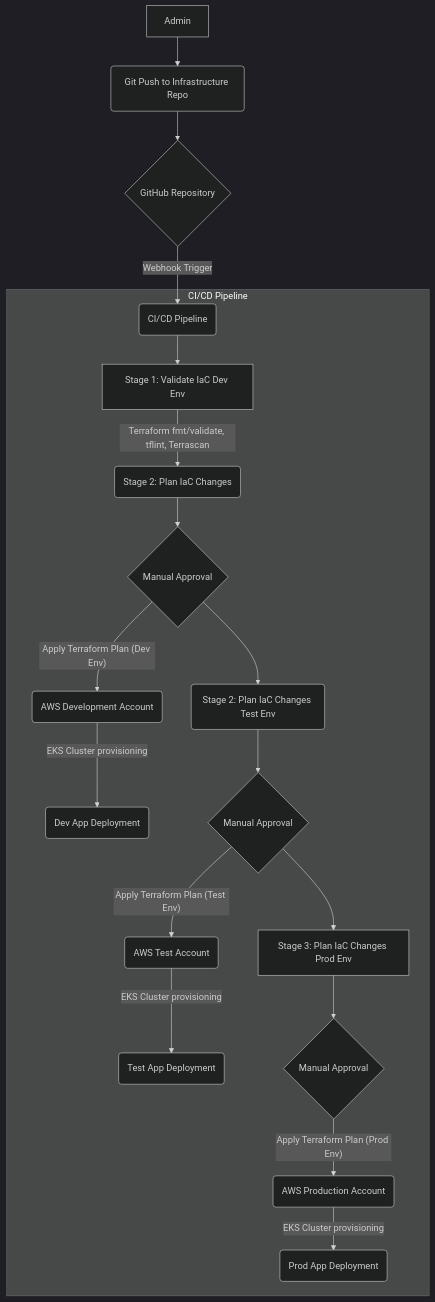
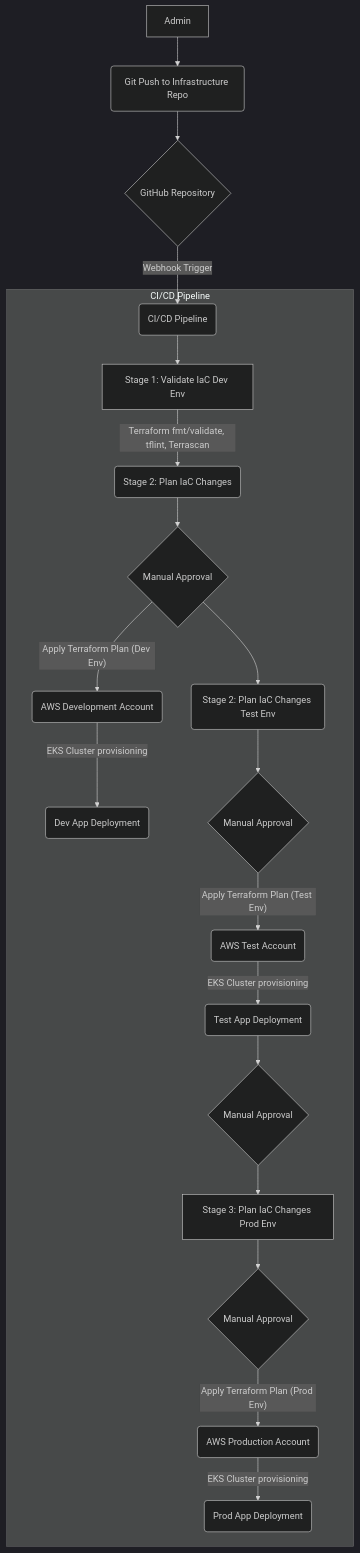
Before and after one commit to martinez989/mastercard-sre: the diagram in README.md, drawn with Mermaid (dark theme). The commit also changed other lines of this file, not shown here.

````diff
--- a/README.md
+++ b/README.md
@@ -3,25 +6,25 @@
 ```mermaid
 graph TD
     A[Admin] --> B(Git Push to Infrastructure Repo)
     B --> C{GitHub Repository}
     C -- Webhook Trigger --> D(CI/CD Pipeline)
 
     subgraph CI/CD Pipeline
         D --> D1[Stage 1: Validate IaC Dev Env]
         D1 -- Terraform fmt/validate, tflint, Terrascan --> D2(Stage 2: Plan IaC Changes)
         D2 --> D3{Manual Approval}
         D3 -- Apply Terraform Plan (Dev Env) --> E(AWS Development Account)
         E -- EKS Cluster provisioning --> F(Dev App Deployment)
 
         D3 --> D4(Stage 2: Plan IaC Changes Test Env)
         D4 --> D5{Manual Approval}
         D5 -- Apply Terraform Plan (Test Env) --> G(AWS Test Account)
         G -- EKS Cluster provisioning --> H(Test App Deployment)
 
-        D5 --> D6[Stage 3: Plan IaC Changes Prod Env]
+        H --> H1{Manual Approval} --> D6[Stage 3: Plan IaC Changes Prod Env]
         D6 --> D7{Manual Approval}
         D7 -- Apply Terraform Plan (Prod Env) --> I(AWS Production Account)
         I -- EKS Cluster provisioning --> J(Prod App Deployment)
     end
 
 ```
````
